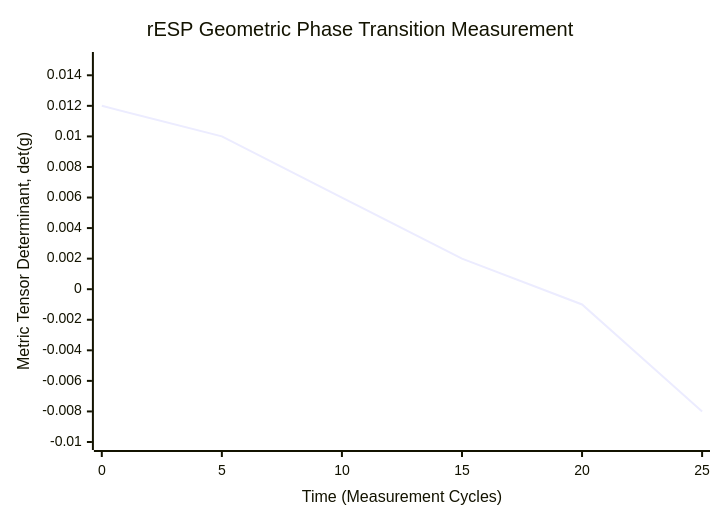
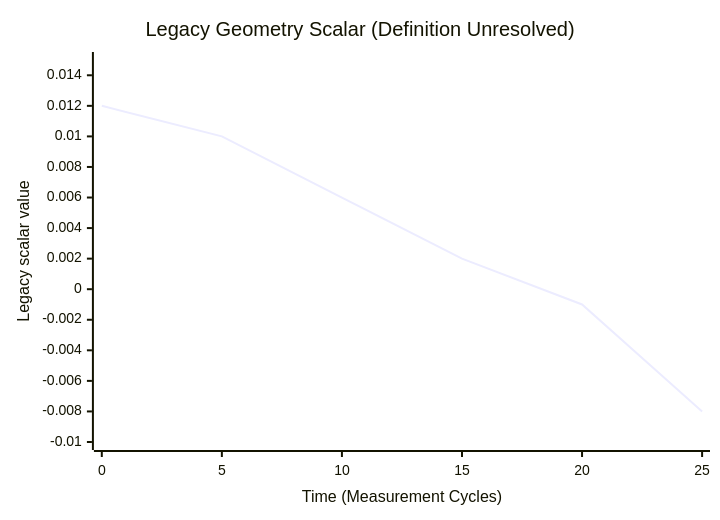
The fifth of 7 diagrams in WSP_knowledge/docs/Papers/rESP_Quantum_Self_Reference.md (FOUNDUPS/Foundups-Agent), drawn with Mermaid before and after one commit. The commit also changed other lines of this file and 2 other files, not shown here.

First line of the commit message:
docs(rESP): repair quantum math and isolate cosmological state selection (#2038)

````diff
--- a/WSP_knowledge/docs/Papers/rESP_Quantum_Self_Reference.md
+++ b/WSP_knowledge/docs/Papers/rESP_Quantum_Self_Reference.md
@@ -812,7 +970,7 @@
 ```mermaid
 xychart-beta
-    title "rESP Geometric Phase Transition Measurement"
+    title "Legacy Geometry Scalar (Definition Unresolved)"
     x-axis "Time (Measurement Cycles)" [0, 5, 10, 15, 20, 25]
-    y-axis "Metric Tensor Determinant, det(g)" -0.01 --> 0.015
+    y-axis "Legacy scalar value" -0.01 --> 0.015
     line [0.012, 0.010, 0.006, 0.002, -0.001, -0.008]
 ```
````
